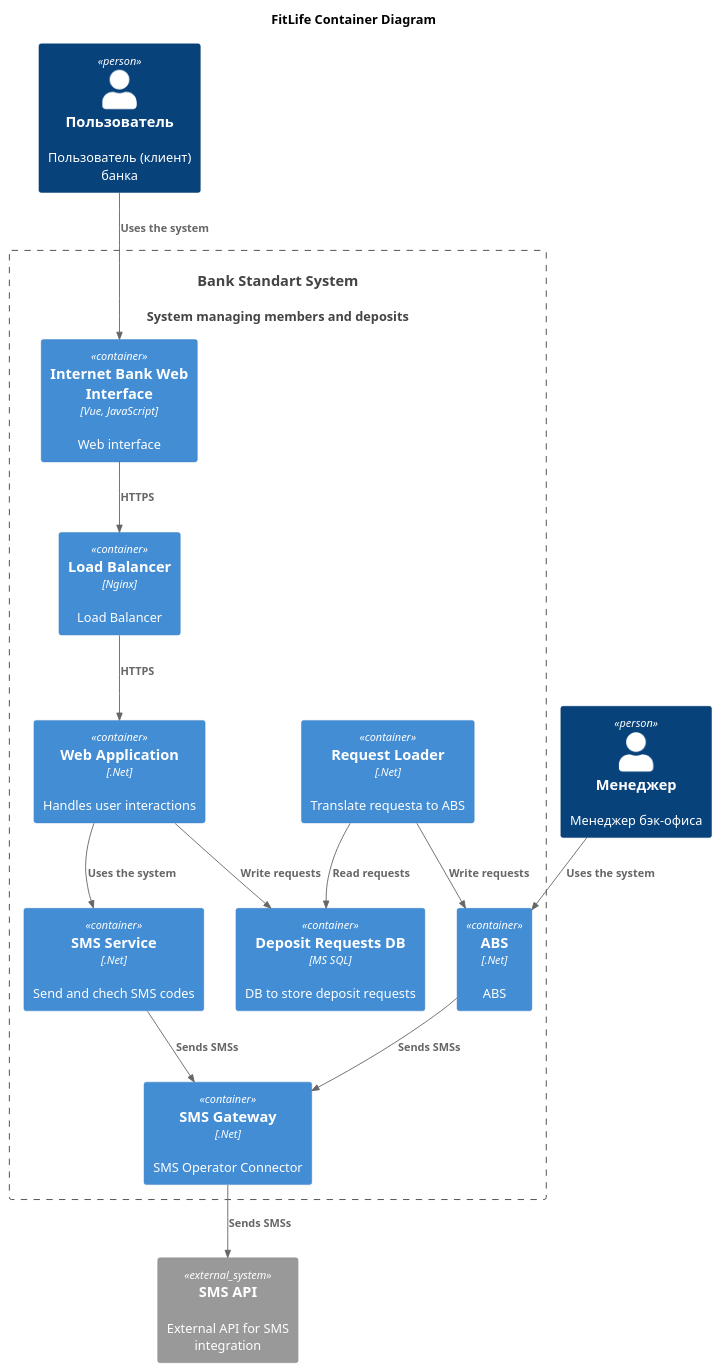
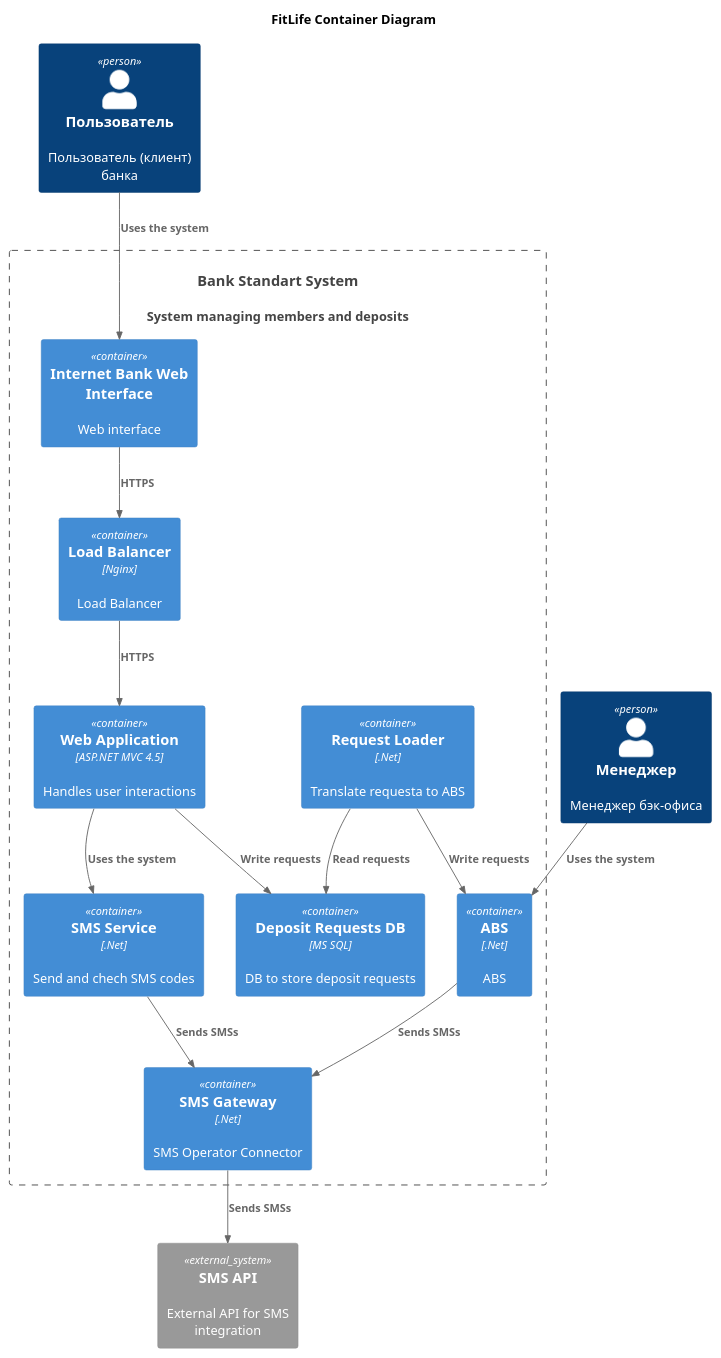
The diagram in Task3/ToBe_StandartBank_Container.puml (yailiaya/yp-architecture-standart), drawn with PlantUML before and after one commit. The commit also changed 1 other file, not shown here.

Commit message:
Update ADR and Container Diagram

```diff
--- a/Task3/ToBe_StandartBank_Container.puml
+++ b/Task3/ToBe_StandartBank_Container.puml
@@ -1,38 +1,38 @@
 @startuml
 title FitLife Container Diagram
 
 top to bottom direction
 
 !includeurl https://raw.githubusercontent.com/RicardoNiepel/C4-PlantUML/master/C4_Component.puml
 
 Person(user, "Пользователь", "Пользователь (клиент) банка")
 Person(manager, "Менеджер", "Менеджер бэк-офиса")
 
 System(StandartBankSystem, "Bank Standart System", "System managing members and deposits")
 
 Container_Boundary(StandartBankSystem, "Standart Bank System") {
-  Container(WebFrontApp, "Internet Bank Web Interface", "Vue, JavaScript", "Web interface")
+  Container(WebFrontApp, "Internet Bank Web Interface", "", "Web interface")
   Container(LoadBalancer, "Load Balancer", "Nginx", "Load Balancer")
-  Container(WebApp, "Web Application", ".Net", "Handles user interactions")
+  Container(WebApp, "Web Application", "ASP.NET MVC 4.5", "Handles user interactions")
   Container(SMSService, "SMS Service", ".Net", "Send and chech SMS codes")
   Container(SMSGateway, "SMS Gateway", ".Net", "SMS Operator Connector")
   Container(DepositRequestDB, "Deposit Requests DB", "MS SQL", "DB to store deposit requests")
   Container(RequestsLoader, "Request Loader", ".Net", "Translate requesta to ABS")
   Container(ABS, "ABS", ".Net", "ABS")
 }
 
 System_Ext(sms_operator, "SMS API", "External API for SMS integration")
 
 Rel(user, WebFrontApp, "Uses the system")
 Rel(manager, ABS, "Uses the system")
 Rel(WebFrontApp, LoadBalancer, "HTTPS")
 Rel(LoadBalancer, WebApp, "HTTPS")
 Rel(WebApp, SMSService, "Uses the system")
 Rel(WebApp, DepositRequestDB, "Write requests")
 Rel(RequestsLoader, DepositRequestDB, "Read requests")
 Rel(RequestsLoader, ABS, "Write requests")
 Rel(SMSService, SMSGateway, "Sends SMSs")
 Rel(SMSGateway, sms_operator, "Sends SMSs")
 Rel(ABS, SMSGateway, "Sends SMSs")
 
 @enduml
```
